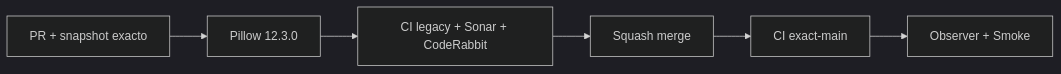
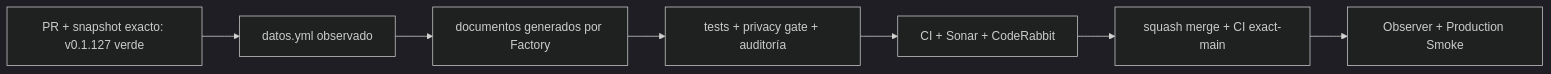
The diagram in README.md (pl0n3r/GrindFlow), drawn with Mermaid (dark theme) before and after one commit. The commit also changed other lines of this file and 12 other files, not shown here.

````diff
--- a/README.md
+++ b/README.md
@@ -46,8 +46,9 @@
 ```mermaid
 flowchart LR
- A["PR + snapshot exacto"] --> B["Pillow 12.3.0"]
- B --> C["CI legacy + Sonar + CodeRabbit"]
- C --> M["Squash merge"]
- M --> X["CI exact-main"]
- X --> S["Observer + Smoke"]
+ A["PR + snapshot exacto: v0.1.127 verde"] --> B["datos.yml observado"]
+ B --> C["documentos generados por Factory"]
+ C --> D["tests + privacy gate + auditoría"]
+ D --> M["CI + Sonar + CodeRabbit"]
+ M --> X["squash merge + CI exact-main"]
+ X --> S["Observer + Production Smoke"]
 ```
````
